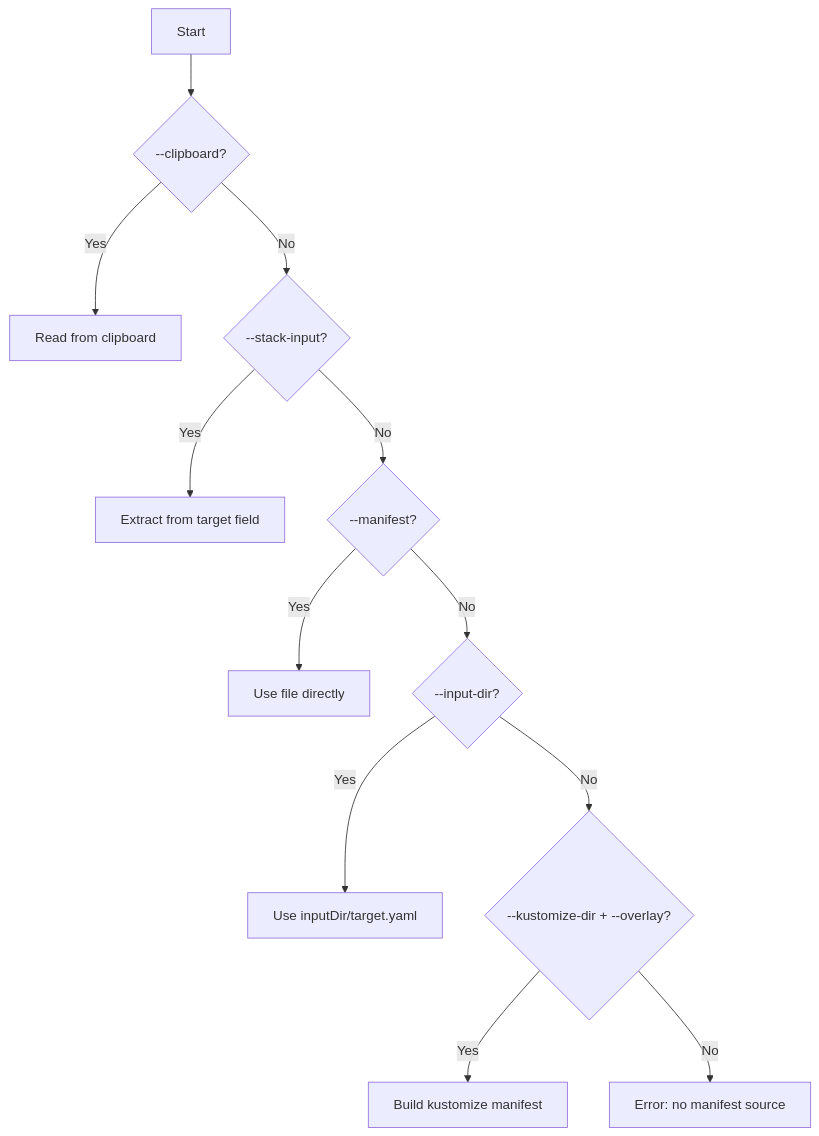
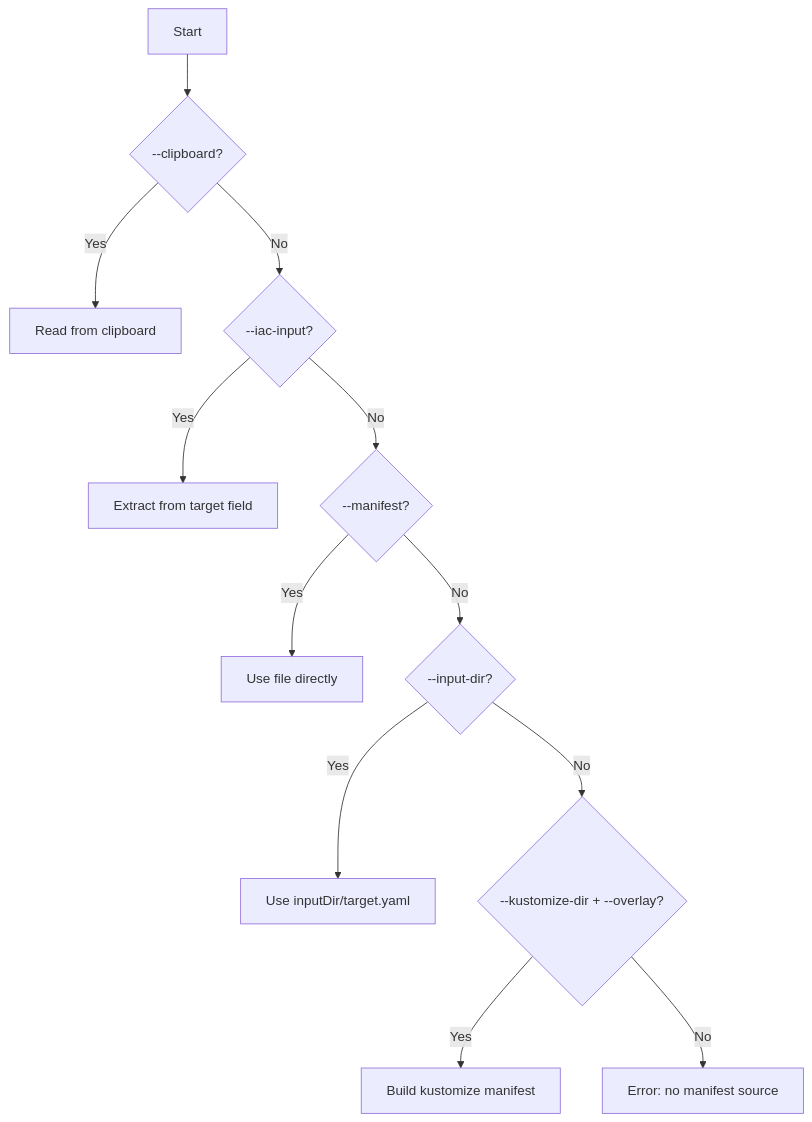
The third of 3 diagrams in _changelog/2026-01/2026-01-15-141248-clipboard-manifest-input-support.md (plantonhq/planton), drawn with Mermaid before and after one commit. The commit also changed 19058 other files, not shown here.

First line of the commit message:
refactor: one word per idea across the catalog -- catalog kinds and catalog objects, InfraComponent, InfraStack, InfraJob, IacInput and Outputs

````diff
--- a/_changelog/2026-01/2026-01-15-141248-clipboard-manifest-input-support.md
+++ b/_changelog/2026-01/2026-01-15-141248-clipboard-manifest-input-support.md
@@ -151,14 +151,14 @@
 ```mermaid
 flowchart TB
     A[Start] --> B{--clipboard?}
     B -->|Yes| C[Read from clipboard]
-    B -->|No| D{--stack-input?}
+    B -->|No| D{--iac-input?}
     D -->|Yes| E[Extract from target field]
     D -->|No| F{--manifest?}
     F -->|Yes| G[Use file directly]
     F -->|No| H{--input-dir?}
     H -->|Yes| I[Use inputDir/target.yaml]
     H -->|No| J{--kustomize-dir + --overlay?}
     J -->|Yes| K[Build kustomize manifest]
     J -->|No| L[Error: no manifest source]
 ```
````
